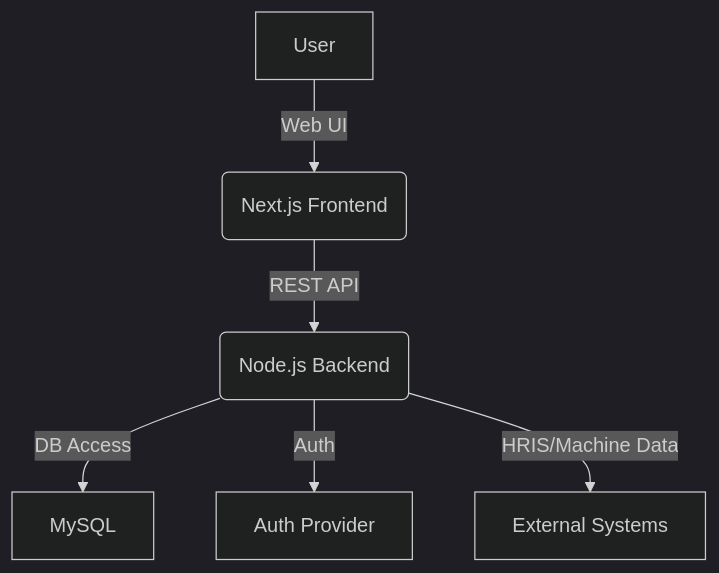
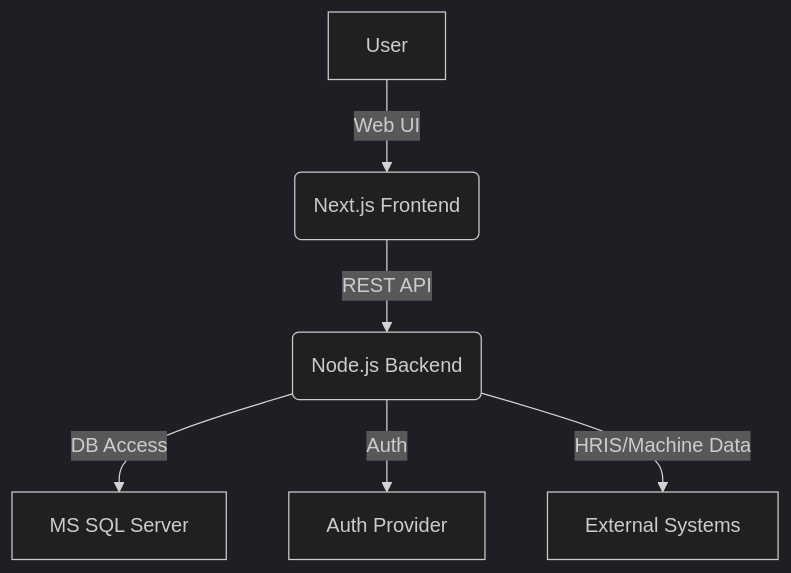
One commit to kashan-Awan/final-SKILL-Matrix changed the diagram in SRS.md. Above: the diagram before and after it, drawn with Mermaid (dark theme). The commit also changed other lines of this file and 60 other files, not shown here.

````diff
--- a/SRS.md
+++ b/SRS.md
@@ -152,8 +152,8 @@
 ```mermaid
 graph TD
 	A[User] -->|Web UI| B(Next.js Frontend)
 	B -->|REST API| C(Node.js Backend)
-	C -->|DB Access| D[MySQL]
+	C -->|DB Access| D[MS SQL Server]
 	C -->|Auth| E[Auth Provider]
 	C -->|HRIS/Machine Data| F[External Systems]
 ```
````
